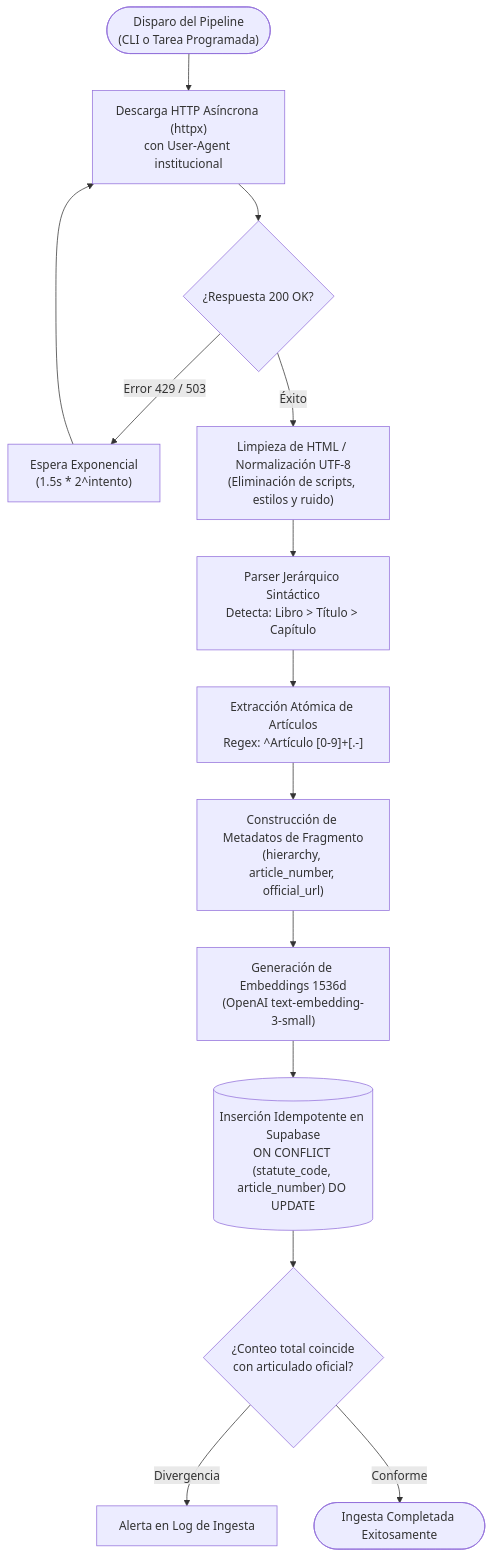
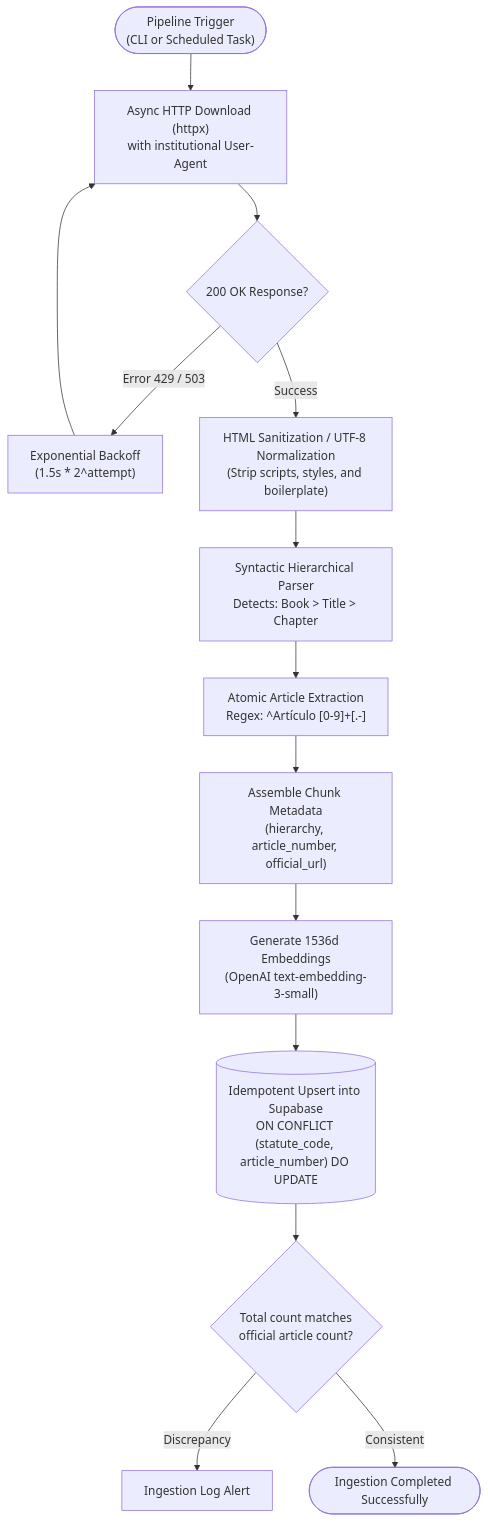
Before and after one commit to jorghee/inti-rag: the diagram in docs/modules/legal-ingestion.md, drawn with Mermaid. The commit also changed other lines of this file and 9 other files, not shown here.

````diff
--- a/docs/modules/legal-ingestion.md
+++ b/docs/modules/legal-ingestion.md
@@ -21,21 +21,21 @@
 ```mermaid
 flowchart TD
-    Trigger(["Disparo del Pipeline\n(CLI o Tarea Programada)"]) --> FetchRaw["Descarga HTTP Asíncrona (httpx)\ncon User-Agent institucional"]
-    FetchRaw --> CheckStatus{"¿Respuesta 200 OK?"}
+    Trigger(["Pipeline Trigger\n(CLI or Scheduled Task)"]) --> FetchRaw["Async HTTP Download (httpx)\nwith institutional User-Agent"]
+    FetchRaw --> CheckStatus{"200 OK Response?"}
 
-    CheckStatus -->|Error 429 / 503| Backoff["Espera Exponencial\n(1.5s * 2^intento)"]
+    CheckStatus -->|Error 429 / 503| Backoff["Exponential Backoff\n(1.5s * 2^attempt)"]
     Backoff --> FetchRaw
-    CheckStatus -->|Éxito| CleanHTML["Limpieza de HTML / Normalización UTF-8\n(Eliminación de scripts, estilos y ruido)"]
+    CheckStatus -->|Success| CleanHTML["HTML Sanitization / UTF-8 Normalization\n(Strip scripts, styles, and boilerplate)"]
 
-    CleanHTML --> ParseHierarchy["Parser Jerárquico Sintáctico\nDetecta: Libro > Título > Capítulo"]
-    ParseHierarchy --> ExtractArticles["Extracción Atómica de Artículos\nRegex: ^Artículo [0-9]+[.-]"]
+    CleanHTML --> ParseHierarchy["Syntactic Hierarchical Parser\nDetects: Book > Title > Chapter"]
+    ParseHierarchy --> ExtractArticles["Atomic Article Extraction\nRegex: ^Artículo [0-9]+[.-]"]
     
-    ExtractArticles --> AssembleChunk["Construcción de Metadatos de Fragmento\n(hierarchy, article_number, official_url)"]
-    AssembleChunk --> Embeddings["Generación de Embeddings 1536d\n(OpenAI text-embedding-3-small)"]
+    ExtractArticles --> AssembleChunk["Assemble Chunk Metadata\n(hierarchy, article_number, official_url)"]
+    AssembleChunk --> Embeddings["Generate 1536d Embeddings\n(OpenAI text-embedding-3-small)"]
 
-    Embeddings --> UpsertDB[("Inserción Idempotente en Supabase\nON CONFLICT (statute_code, article_number) DO UPDATE")]
-    UpsertDB --> VerifyCount{"¿Conteo total coincide\ncon articulado oficial?"}
+    Embeddings --> UpsertDB[("Idempotent Upsert into Supabase\nON CONFLICT (statute_code, article_number) DO UPDATE")]
+    UpsertDB --> VerifyCount{"Total count matches\nofficial article count?"}
 
-    VerifyCount -->|Divergencia| AlertLog["Alerta en Log de Ingesta"]
-    VerifyCount -->|Conforme| Finish(["Ingesta Completada Exitosamente"])
+    VerifyCount -->|Discrepancy| AlertLog["Ingestion Log Alert"]
+    VerifyCount -->|Consistent| Finish(["Ingestion Completed Successfully"])
 ```
````
